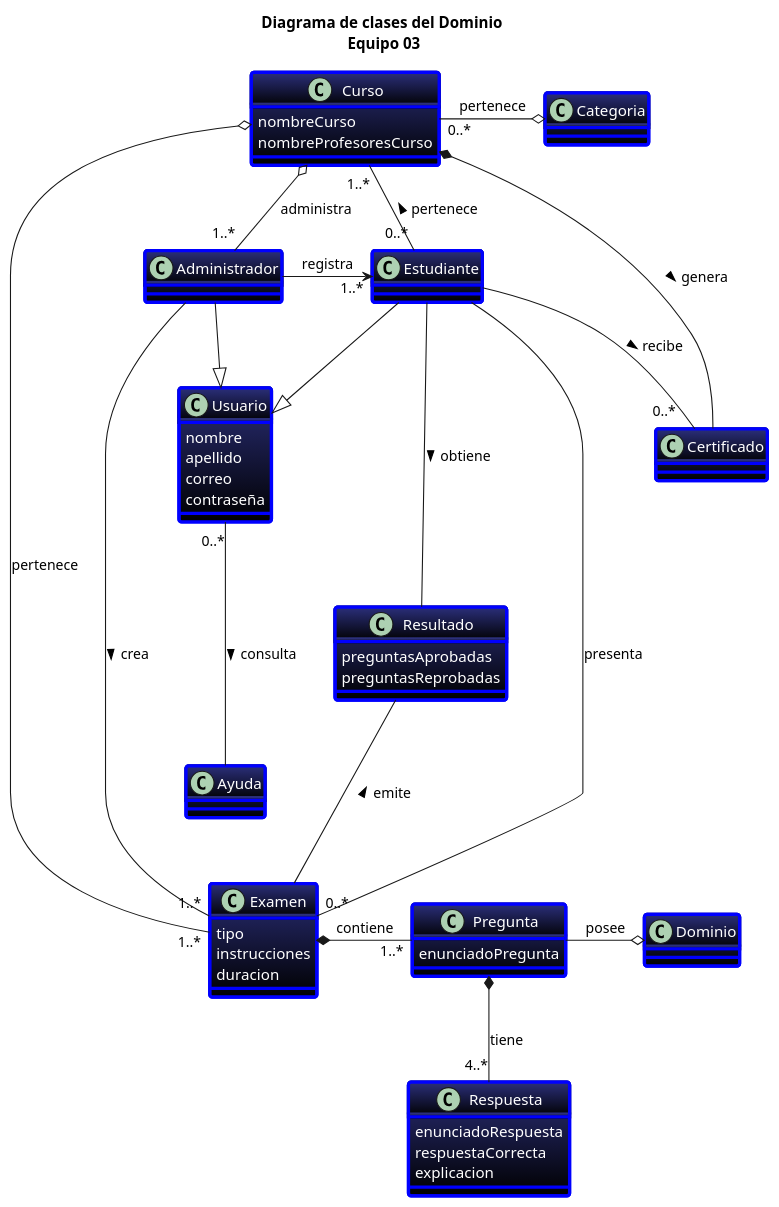
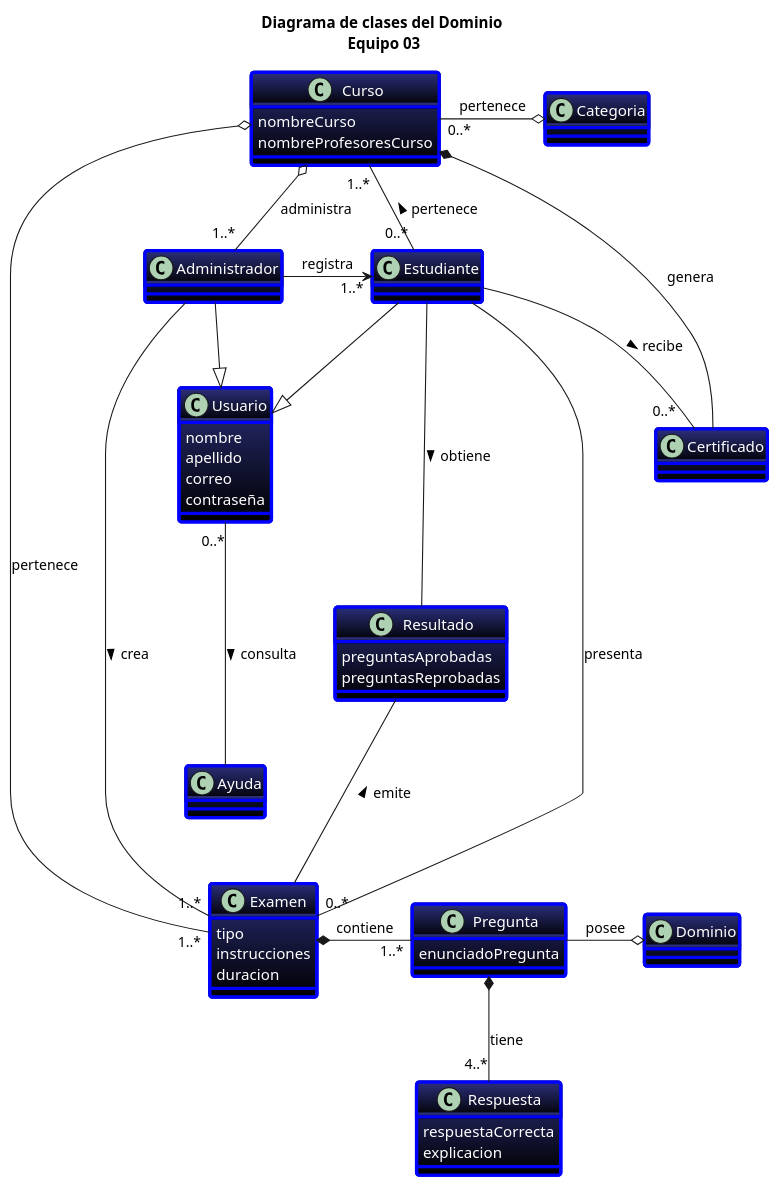
One commit to febres35/EdTech_IS changed the diagram in docs/scenariosView/diagramaClasesDominio.plantuml. Above: the diagram before and after it, drawn with PlantUML. The commit also changed 1 other file, not shown here.

Commit message:
Eliminado atributo enunciadoRespuesta

```diff
--- a/docs/scenariosView/diagramaClasesDominio.plantuml
+++ b/docs/scenariosView/diagramaClasesDominio.plantuml
@@ -1,77 +1,76 @@
 @startuml "Diagrama de clases"
 
 title "Diagrama de clases del Dominio\n Equipo 03"
 
 skinparam Class{
   BackgroundColor 2B2F7B-black
   AttributeFontColor white
   BorderThickness 3
   BorderColor blue
 }
 class Usuario{
   nombre
   apellido
   correo
   contraseña 
 }
 class Administrador
 
 class Estudiante{
 }
 
 class Ayuda
 
 class Curso{
   nombreCurso
   nombreProfesoresCurso
 }
 class Categoria
 
 class Examen{
   tipo
   instrucciones
   duracion
 }
 class Resultado{
   preguntasAprobadas
   preguntasReprobadas
 }
 
 class Pregunta{
   enunciadoPregunta
 }
 
 class Dominio
 
 class Respuesta{
-  enunciadoRespuesta
   respuestaCorrecta
   explicacion
 }
 class Certificado{
 }
 
 Usuario <|-left- Administrador
 Usuario <|-up- Estudiante
 Usuario "0..*"--- Ayuda: > consulta
 
 Administrador -- "1..*"Examen: > crea
 Administrador -right-> "     1..*"Estudiante: registra
 Administrador "    1..*"-up-o Curso: administra
 
 Estudiante "0..*"-right-"    1..*"Curso: > pertenece
 Estudiante -right- "0..*"Examen: presenta
 Estudiante -- "0..*   "Certificado: > recibe
 Estudiante --- Resultado: > obtiene
 
 Examen *-right- "1..*"Pregunta: contiene
 Examen -up-- Resultado: > emite
 
 Pregunta *-down- "4..*" Respuesta: tiene
 Pregunta -right-o Dominio: posee
 
 Curso "0..*" -right-o Categoria: pertenece
 Curso o----- "1..*"Examen: pertenece
-Curso *- Certificado: > genera
+Curso *- Certificado: genera
 
 @enduml
```
